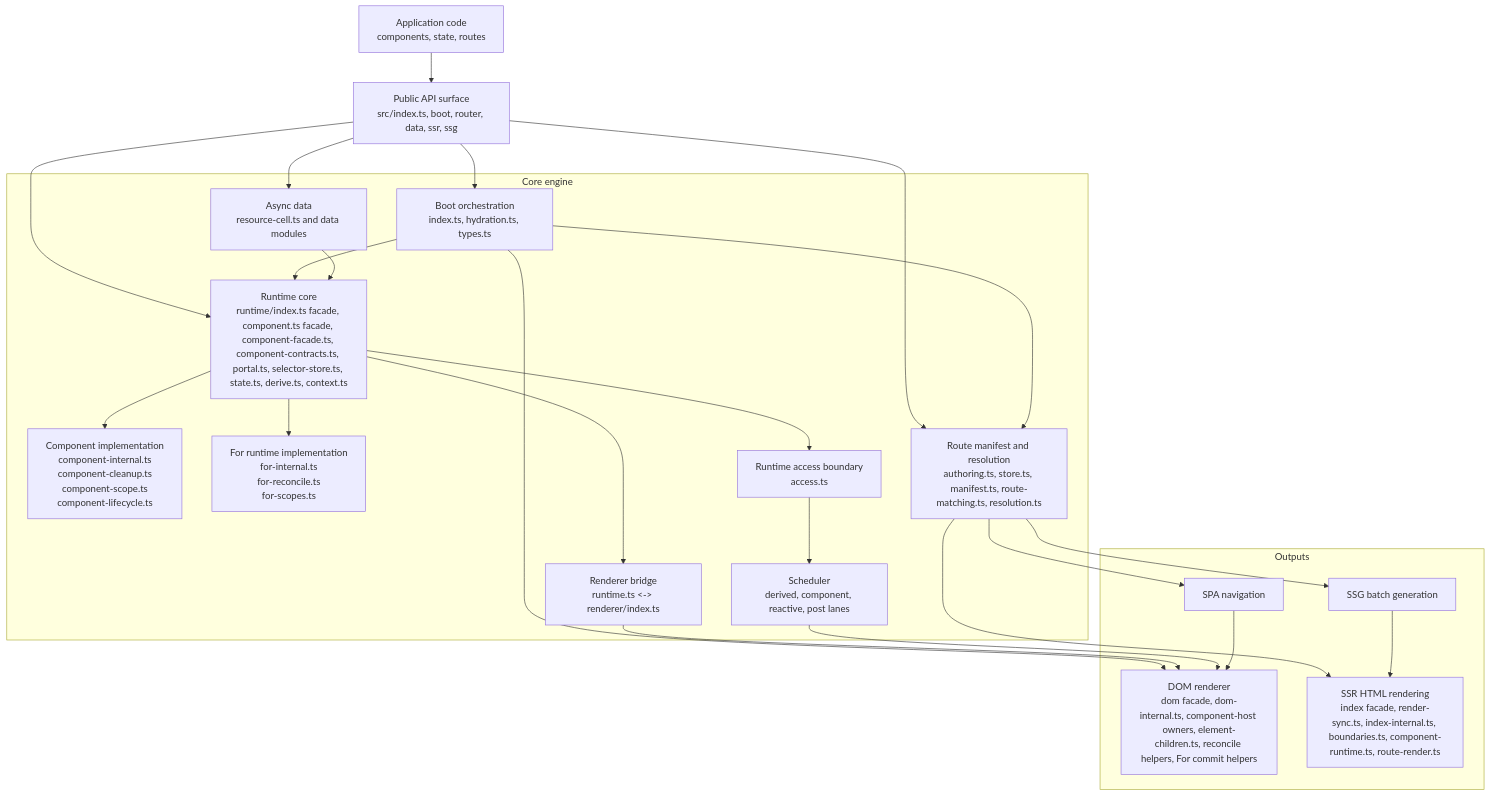
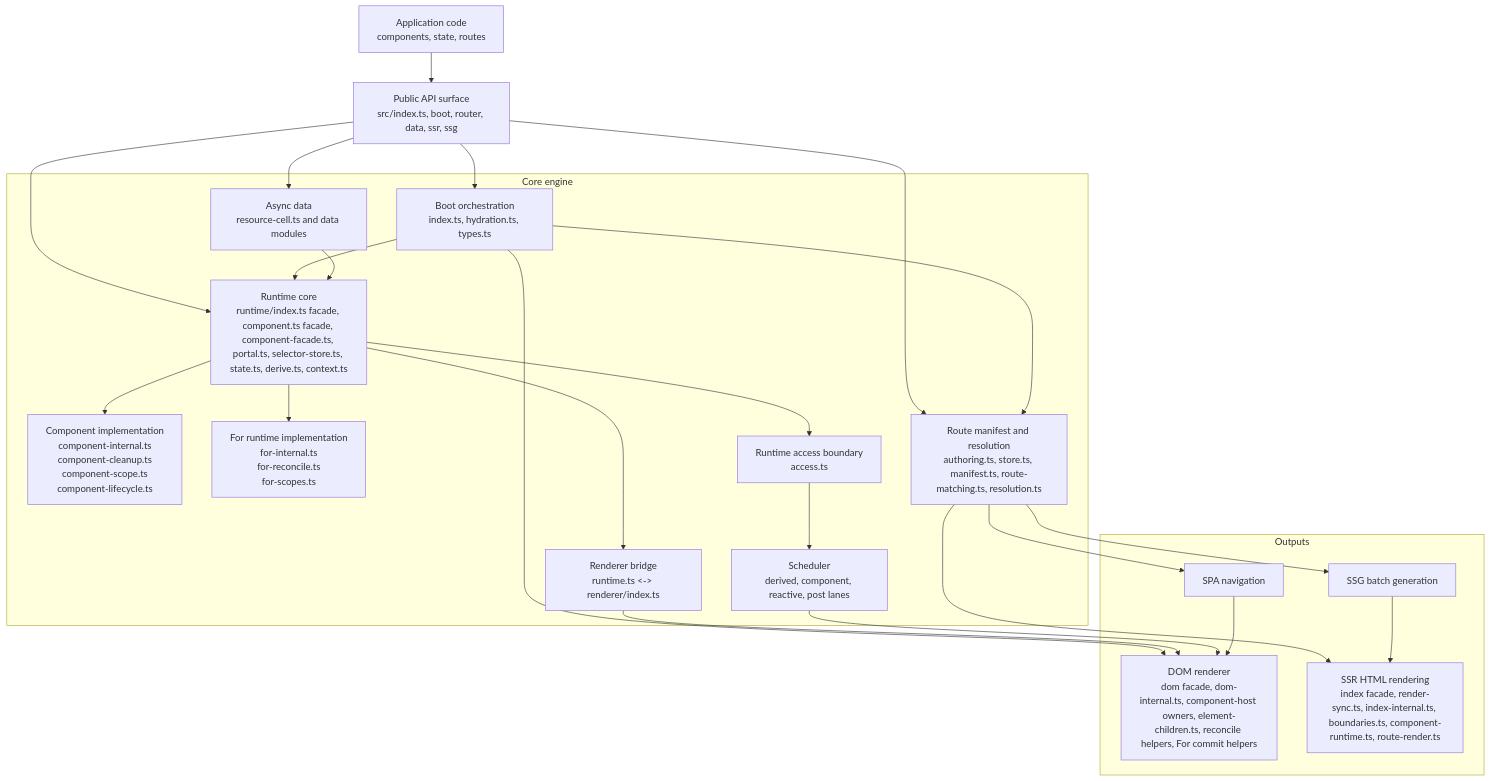
The first of 2 diagrams in docs/internals/core-engine-design.md (askrjs/askr), drawn with Mermaid before and after one commit. The commit also changed other lines of this file and 40 other files, not shown here.

````diff
--- a/docs/internals/core-engine-design.md
+++ b/docs/internals/core-engine-design.md
@@ -15,46 +15,46 @@
 ```mermaid
 flowchart TB
   app[Application code<br/>components, state, routes]
   publicApi[Public API surface<br/>src/index.ts, boot, router, data, ssr, ssg]
 
   subgraph engine[Core engine]
     boot[Boot orchestration<br/>index.ts, hydration.ts, types.ts]
-    runtime[Runtime core<br/>runtime/index.ts facade, component.ts facade, component-facade.ts, component-contracts.ts, portal.ts, selector-store.ts, state.ts, derive.ts, context.ts]
+    runtime[Runtime core<br/>runtime/index.ts facade, component.ts facade, component-facade.ts, portal.ts, selector-store.ts, state.ts, derive.ts, context.ts]
     componentCore[Component implementation<br/>component-internal.ts<br/>component-cleanup.ts<br/>component-scope.ts<br/>component-lifecycle.ts]
     forCore[For runtime implementation<br/>for-internal.ts<br/>for-reconcile.ts<br/>for-scopes.ts]
     runtimeAccess[Runtime access boundary<br/>access.ts]
     scheduler[Scheduler<br/>derived, component, reactive, post lanes]
     rendererBridge[Renderer bridge<br/>runtime.ts <-> renderer/index.ts]
     routerManifest[Route manifest and resolution<br/>authoring.ts, store.ts, manifest.ts, route-matching.ts, resolution.ts]
     asyncData[Async data<br/>resource-cell.ts and data modules]
   end
 
   subgraph outputs[Outputs]
     dom[DOM renderer<br/>dom facade, dom-internal.ts, component-host owners, element-children.ts, reconcile helpers, For commit helpers]
     spa[SPA navigation]
     ssr[SSR HTML rendering<br/>index facade, render-sync.ts, index-internal.ts, boundaries.ts, component-runtime.ts, route-render.ts]
     ssg[SSG batch generation]
   end
 
   app --> publicApi
   publicApi --> boot
   publicApi --> runtime
   publicApi --> routerManifest
   publicApi --> asyncData
   boot --> runtime
   boot --> routerManifest
   boot --> dom
   runtime --> runtimeAccess
   runtime --> componentCore
   runtime --> forCore
   runtimeAccess --> scheduler
   runtime --> rendererBridge
   asyncData --> runtime
   routerManifest --> spa
   routerManifest --> ssr
   routerManifest --> ssg
   rendererBridge --> dom
   scheduler --> dom
   spa --> dom
   ssg --> ssr
 ```
````
